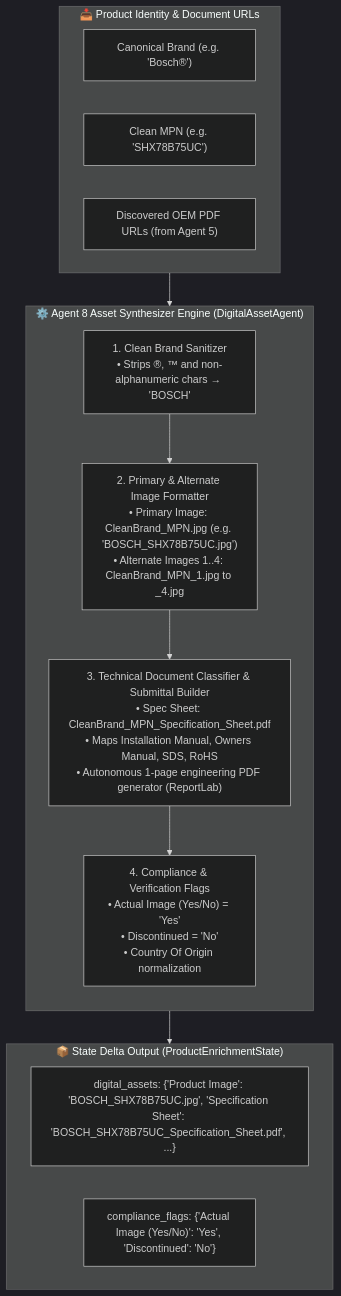
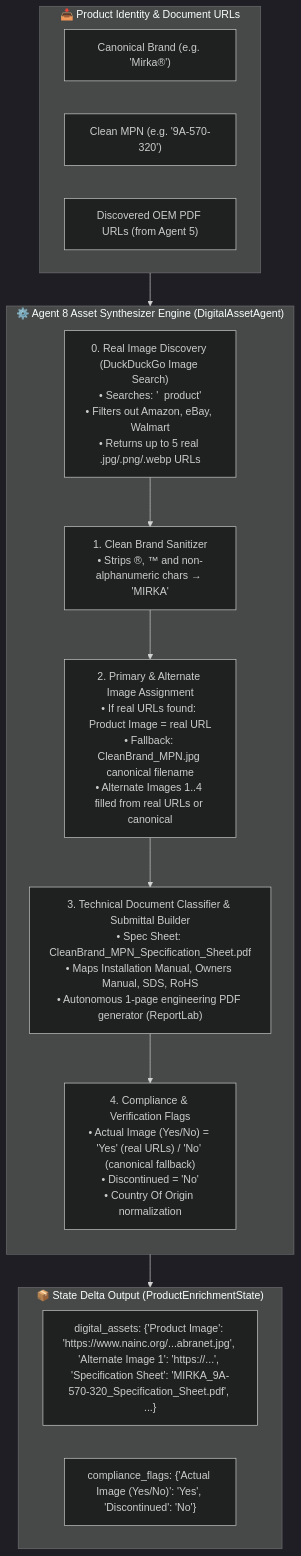
Before and after one commit to SharadJhanwar/OmniSpec: the diagram in Solution/agents/README_Agent_8_Digital_Asset_Synthesizer.md, drawn with Mermaid (dark theme). The commit also changed other lines of this file and 7 other files, not shown here.

First line of the commit message:
feat(agent-8): Real product image discovery via DuckDuckGo Image Search

````diff
--- a/Solution/agents/README_Agent_8_Digital_Asset_Synthesizer.md
+++ b/Solution/agents/README_Agent_8_Digital_Asset_Synthesizer.md
@@ -8,26 +8,27 @@
 ```mermaid
 flowchart TD
     subgraph ASSET_INPUT ["📥 Product Identity & Document URLs"]
-        A2_BRAND["Canonical Brand (e.g. 'Bosch®')"]
-        A1_MPN["Clean MPN (e.g. 'SHX78B75UC')"]
+        A2_BRAND["Canonical Brand (e.g. 'Mirka®')"]
+        A1_MPN["Clean MPN (e.g. '9A-570-320')"]
         A5_PDF["Discovered OEM PDF URLs (from Agent 5)"]
     end
 
     subgraph AGENT_8_CORE ["⚙️ Agent 8 Asset Synthesizer Engine (DigitalAssetAgent)"]
         direction TB
-        STEP1["1. Clean Brand Sanitizer<br/>• Strips ®, ™ and non-alphanumeric chars → 'BOSCH'"]
-        STEP2["2. Primary & Alternate Image Formatter<br/>• Primary Image: CleanBrand_MPN.jpg (e.g. 'BOSCH_SHX78B75UC.jpg')<br/>• Alternate Images 1..4: CleanBrand_MPN_1.jpg to _4.jpg"]
+        STEP0["0. Real Image Discovery (DuckDuckGo Image Search)<br/>• Searches: '<Brand> <MPN> product'<br/>• Filters out Amazon, eBay, Walmart<br/>• Returns up to 5 real .jpg/.png/.webp URLs"]
+        STEP1["1. Clean Brand Sanitizer<br/>• Strips ®, ™ and non-alphanumeric chars → 'MIRKA'"]
+        STEP2["2. Primary & Alternate Image Assignment<br/>• If real URLs found: Product Image = real URL<br/>• Fallback: CleanBrand_MPN.jpg canonical filename<br/>• Alternate Images 1..4 filled from real URLs or canonical"]
         STEP3["3. Technical Document Classifier & Submittal Builder<br/>• Spec Sheet: CleanBrand_MPN_Specification_Sheet.pdf<br/>• Maps Installation Manual, Owners Manual, SDS, RoHS<br/>• Autonomous 1-page engineering PDF generator (ReportLab)"]
-        STEP4["4. Compliance & Verification Flags<br/>• Actual Image (Yes/No) = 'Yes'<br/>• Discontinued = 'No'<br/>• Country Of Origin normalization"]
+        STEP4["4. Compliance & Verification Flags<br/>• Actual Image (Yes/No) = 'Yes' (real URLs) / 'No' (canonical fallback)<br/>• Discontinued = 'No'<br/>• Country Of Origin normalization"]
         
-        STEP1 --> STEP2 --> STEP3 --> STEP4
+        STEP0 --> STEP1 --> STEP2 --> STEP3 --> STEP4
     end
 
     subgraph ASSET_OUTPUT ["📦 State Delta Output (ProductEnrichmentState)"]
-        ASSETS["digital_assets: {'Product Image': 'BOSCH_SHX78B75UC.jpg', 'Specification Sheet': 'BOSCH_SHX78B75UC_Specification_Sheet.pdf', ...}"]
+        ASSETS["digital_assets: {'Product Image': 'https://www.nainc.org/...abranet.jpg', 'Alternate Image 1': 'https://...', 'Specification Sheet': 'MIRKA_9A-570-320_Specification_Sheet.pdf', ...}"]
         FLAGS["compliance_flags: {'Actual Image (Yes/No)': 'Yes', 'Discontinued': 'No'}"]
     end
 
-    ASSET_INPUT --> STEP1
+    ASSET_INPUT --> STEP0
     STEP4 --> ASSET_OUTPUT
 ```
````
